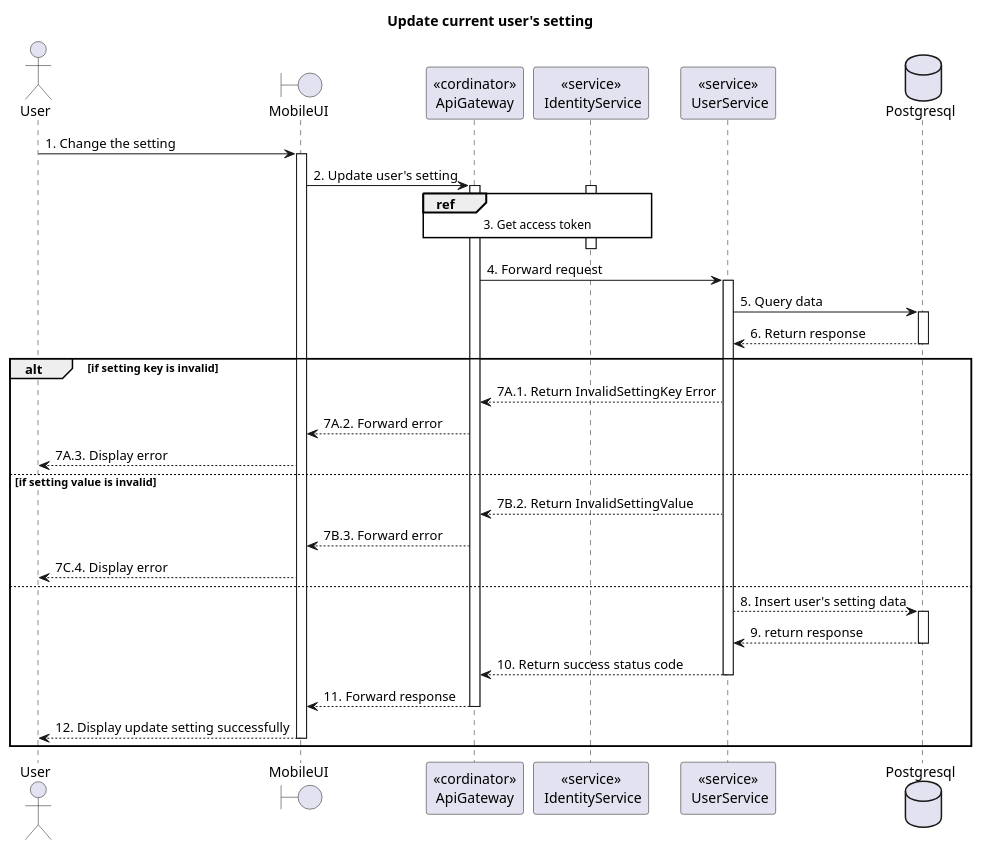
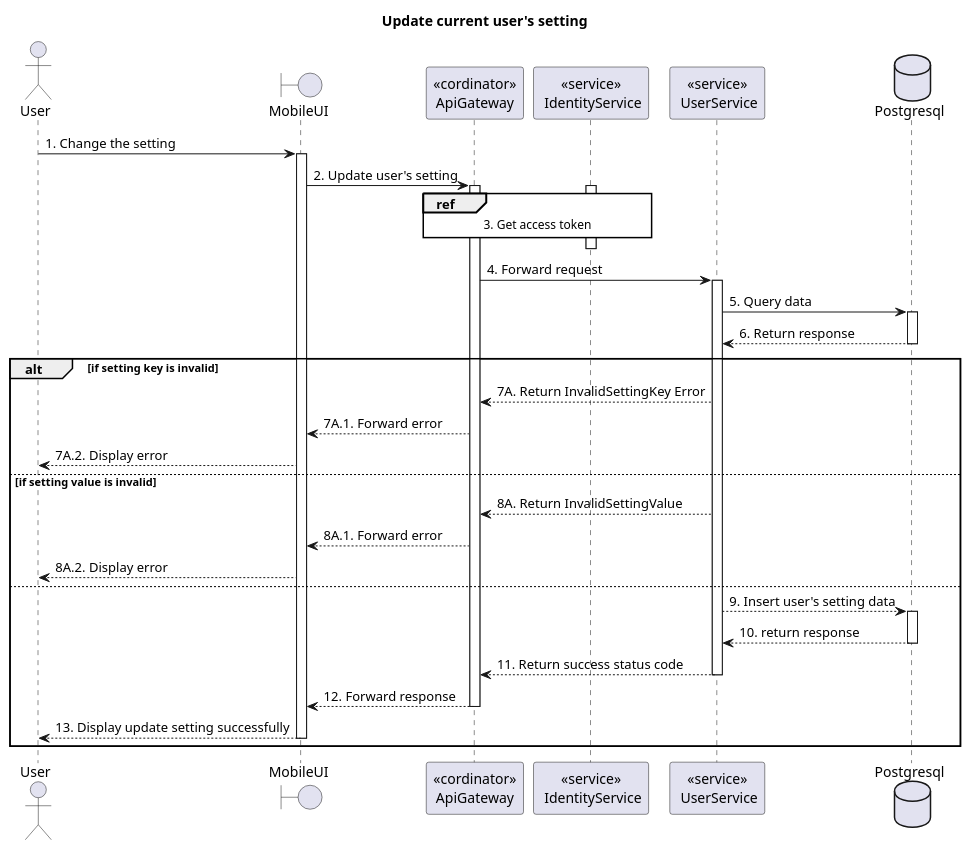
One commit to Carl-Johnsons/tastopia changed the diagram in doc/SDS/User/Update Setting/Sequence.plantuml. Above: the diagram before and after it, drawn with PlantUML. The commit also changed 21 other files, not shown here.

Commit message:
doc: fix sequence ordinal number

```diff
--- a/doc/SDS/User/Update Setting/Sequence.plantuml
+++ b/doc/SDS/User/Update Setting/Sequence.plantuml
@@ -1,48 +1,48 @@
 @startuml Sequence
 title "Update current user's setting"
 
 ' Style section
 <style>
   sequenceDiagram {
     reference {
       BackGroundColor white
     }
 }
 </style>
 
 actor User
 boundary MobileUI
 participant "<<cordinator>>\nApiGateway" as ApiGateway
 participant "<<service>>\n IdentityService" as IdentityService
 participant "<<service>>\n UserService" as UserService
 database Postgresql
 
 User -> MobileUI ++: 1. Change the setting
 MobileUI -> ApiGateway ++: 2. Update user's setting
 
 activate IdentityService
 ref over ApiGateway, IdentityService: 3. Get access token
 ApiGateway -[hidden]-> IdentityService
 deactivate IdentityService
 
 ApiGateway -> UserService ++: 4. Forward request
 UserService -> Postgresql ++: 5. Query data
 UserService <-- Postgresql--: 6. Return response
 
 alt if setting key is invalid 
-  ApiGateway <-- UserService: 7A.1. Return InvalidSettingKey Error
-  MobileUI <-- ApiGateway: 7A.2. Forward error
-  User <-- MobileUI: 7A.3. Display error
+  ApiGateway <-- UserService: 7A. Return InvalidSettingKey Error
+  MobileUI <-- ApiGateway: 7A.1. Forward error
+  User <-- MobileUI: 7A.2. Display error
 else if setting value is invalid 
-  ApiGateway <-- UserService: 7B.2. Return InvalidSettingValue
-  MobileUI <-- ApiGateway: 7B.3. Forward error
-  User <-- MobileUI: 7C.4. Display error
+  ApiGateway <-- UserService: 8A. Return InvalidSettingValue
+  MobileUI <-- ApiGateway: 8A.1. Forward error
+  User <-- MobileUI: 8A.2. Display error
 else
-  UserService --> Postgresql++: 8. Insert user's setting data
-  UserService <-- Postgresql--: 9. return response
-  ApiGateway <-- UserService--: 10. Return success status code
-  MobileUI <-- ApiGateway--: 11. Forward response
-  User <-- MobileUI--: 12. Display update setting successfully
+  UserService --> Postgresql++: 9. Insert user's setting data
+  UserService <-- Postgresql--: 10. return response
+  ApiGateway <-- UserService--: 11. Return success status code
+  MobileUI <-- ApiGateway--: 12. Forward response
+  User <-- MobileUI--: 13. Display update setting successfully
 end
 
 @enduml
```
